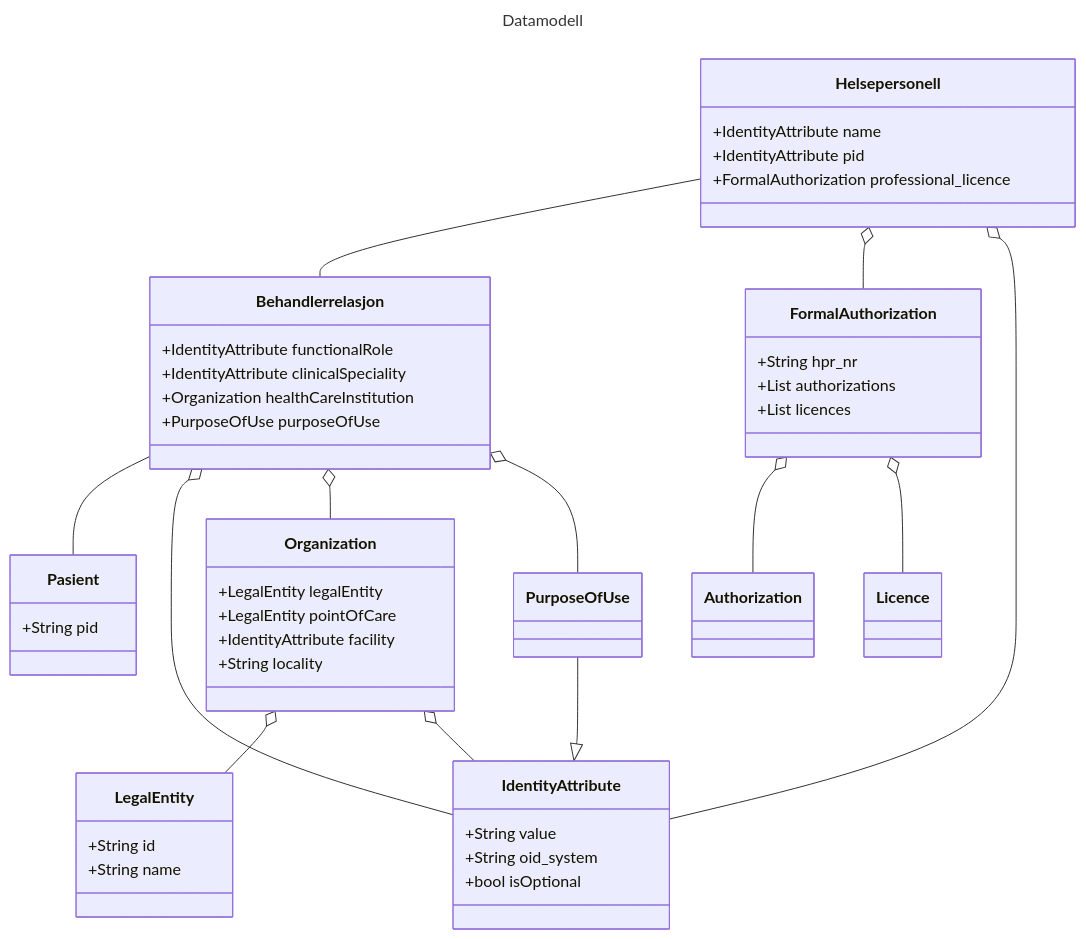
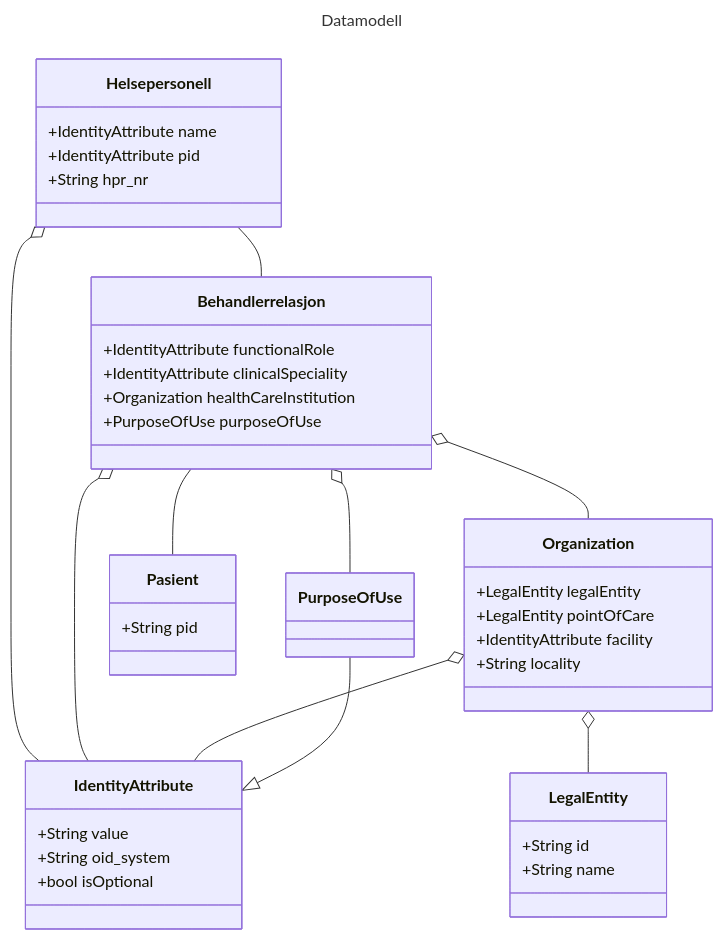
One commit to NorskHelsenett/Tillitsrammeverk changed the second of 2 diagrams in specs/informasjons_og_datamodell.md. Above: the diagram before and after it, drawn with Mermaid. The commit also changed other lines of this file, not shown here.

````diff
--- a/specs/informasjons_og_datamodell.md
+++ b/specs/informasjons_og_datamodell.md
@@ -140,67 +135,52 @@
 ```mermaid
 ---
 title: Datamodell
 ---
 classDiagram
 
 	Helsepersonell -- Behandlerrelasjon
-	Behandlerrelasjon -- Pasient
-	Helsepersonell o-- FormalAuthorization
 	Helsepersonell o-- IdentityAttribute
 	Behandlerrelasjon o-- IdentityAttribute
+	Behandlerrelasjon o-- PurposeOfUse
 	Behandlerrelasjon o-- Organization
-	Behandlerrelasjon o-- PurposeOfUse
-	FormalAuthorization o-- Authorization
-	FormalAuthorization o-- Licence
 	Organization o-- LegalEntity
 	Organization o-- IdentityAttribute
 	PurposeOfUse --|> IdentityAttribute
+	Behandlerrelasjon -- Pasient
 
-
-	
 	class Helsepersonell{
 		+IdentityAttribute name
 		+IdentityAttribute pid
-		+FormalAuthorization professional_licence
+		+String hpr_nr
 	}
 		
 	class Behandlerrelasjon{
 		+IdentityAttribute functionalRole
 		+IdentityAttribute clinicalSpeciality
 		+Organization healthCareInstitution
 		+PurposeOfUse purposeOfUse
 	}
 	
 	class Pasient{
 		+String pid
 	}
 	
 	class IdentityAttribute{
 		+String value
 		+String oid_system
 		+bool isOptional		
 	}	
 	
 	class LegalEntity{
 		+String id
 		+String name		
 	}
 	class Organization{
 		+LegalEntity legalEntity
 		+LegalEntity pointOfCare
 		+IdentityAttribute facility
 		+String locality
 	}
-	class Authorization{
-	}
 	
-	class Licence{
-	}
-	
-	class FormalAuthorization{
-		+String hpr_nr
-		+List<Authorization> authorizations
-		+List<Licence> licences
-	}
 		
 ```
````
